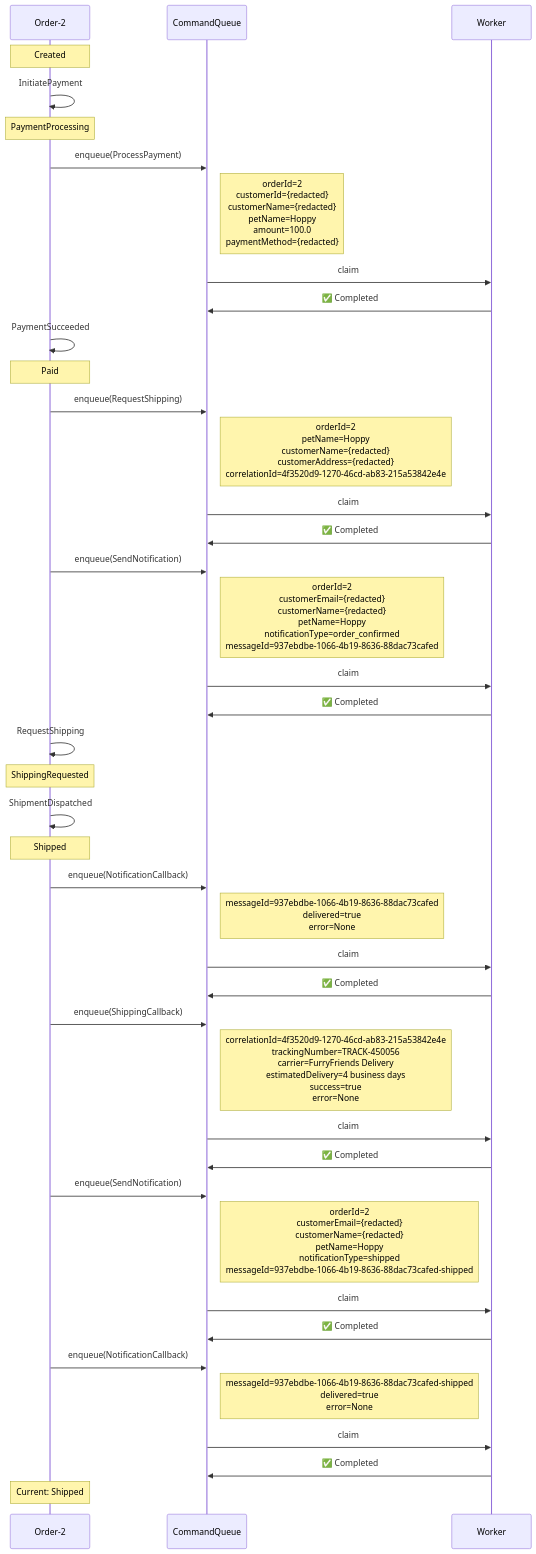
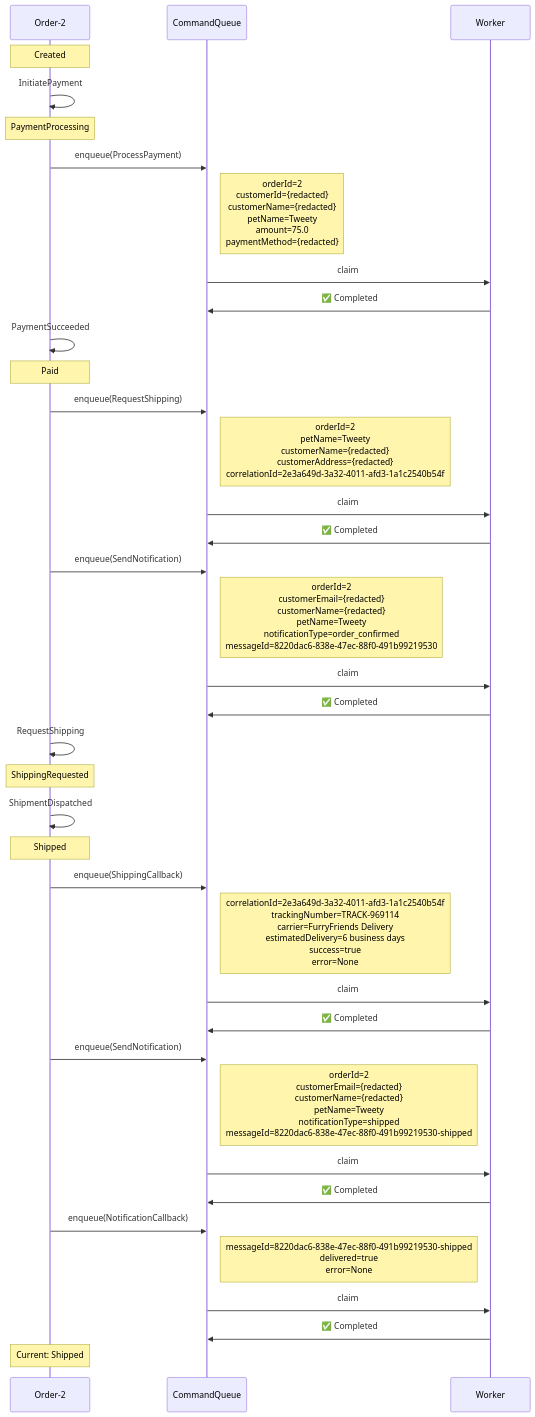
One commit to Iterable/mechanoid changed the first of 3 diagrams in docs/visualizations/order-2-trace.md. Above: the diagram before and after it, drawn with Mermaid. The commit also changed other lines of this file and 6 other files, not shown here.

````diff
--- a/docs/visualizations/order-2-trace.md
+++ b/docs/visualizations/order-2-trace.md
@@ -11,46 +11,42 @@
 ```mermaid
 %%{init: {'themeCSS': '.noteText { text-align: left !important; }'}}%%
 sequenceDiagram
     participant FSM as Order-2
     participant CQ as CommandQueue
     participant W as Worker
 
     Note over FSM: Created
     FSM->>FSM: InitiatePayment
     Note over FSM: PaymentProcessing
     FSM->>CQ: enqueue(ProcessPayment)
-    Note right of CQ: orderId=2<br/>customerId={redacted}<br/>customerName={redacted}<br/>petName=Hoppy<br/>amount=100.0<br/>paymentMethod={redacted}
+    Note right of CQ: orderId=2<br/>customerId={redacted}<br/>customerName={redacted}<br/>petName=Tweety<br/>amount=75.0<br/>paymentMethod={redacted}
     CQ->>W: claim
     W->>CQ: ✅ Completed
     FSM->>FSM: PaymentSucceeded
     Note over FSM: Paid
     FSM->>CQ: enqueue(RequestShipping)
-    Note right of CQ: orderId=2<br/>petName=Hoppy<br/>customerName={redacted}<br/>customerAddress={redacted}<br/>correlationId=4f3520d9-1270-46cd-ab83-215a53842e4e
+    Note right of CQ: orderId=2<br/>petName=Tweety<br/>customerName={redacted}<br/>customerAddress={redacted}<br/>correlationId=2e3a649d-3a32-4011-afd3-1a1c2540b54f
     CQ->>W: claim
     W->>CQ: ✅ Completed
     FSM->>CQ: enqueue(SendNotification)
-    Note right of CQ: orderId=2<br/>customerEmail={redacted}<br/>customerName={redacted}<br/>petName=Hoppy<br/>notificationType=order_confirmed<br/>messageId=937ebdbe-1066-4b19-8636-88dac73cafed
+    Note right of CQ: orderId=2<br/>customerEmail={redacted}<br/>customerName={redacted}<br/>petName=Tweety<br/>notificationType=order_confirmed<br/>messageId=8220dac6-838e-47ec-88f0-491b99219530
     CQ->>W: claim
     W->>CQ: ✅ Completed
     FSM->>FSM: RequestShipping
     Note over FSM: ShippingRequested
     FSM->>FSM: ShipmentDispatched
     Note over FSM: Shipped
-    FSM->>CQ: enqueue(NotificationCallback)
-    Note right of CQ: messageId=937ebdbe-1066-4b19-8636-88dac73cafed<br/>delivered=true<br/>error=None
-    CQ->>W: claim
-    W->>CQ: ✅ Completed
     FSM->>CQ: enqueue(ShippingCallback)
-    Note right of CQ: correlationId=4f3520d9-1270-46cd-ab83-215a53842e4e<br/>trackingNumber=TRACK-450056<br/>carrier=FurryFriends Delivery<br/>estimatedDelivery=4 business days<br/>success=true<br/>error=None
+    Note right of CQ: correlationId=2e3a649d-3a32-4011-afd3-1a1c2540b54f<br/>trackingNumber=TRACK-969114<br/>carrier=FurryFriends Delivery<br/>estimatedDelivery=6 business days<br/>success=true<br/>error=None
     CQ->>W: claim
     W->>CQ: ✅ Completed
     FSM->>CQ: enqueue(SendNotification)
-    Note right of CQ: orderId=2<br/>customerEmail={redacted}<br/>customerName={redacted}<br/>petName=Hoppy<br/>notificationType=shipped<br/>messageId=937ebdbe-1066-4b19-8636-88dac73cafed-shipped
+    Note right of CQ: orderId=2<br/>customerEmail={redacted}<br/>customerName={redacted}<br/>petName=Tweety<br/>notificationType=shipped<br/>messageId=8220dac6-838e-47ec-88f0-491b99219530-shipped
     CQ->>W: claim
     W->>CQ: ✅ Completed
     FSM->>CQ: enqueue(NotificationCallback)
-    Note right of CQ: messageId=937ebdbe-1066-4b19-8636-88dac73cafed-shipped<br/>delivered=true<br/>error=None
+    Note right of CQ: messageId=8220dac6-838e-47ec-88f0-491b99219530-shipped<br/>delivered=true<br/>error=None
     CQ->>W: claim
     W->>CQ: ✅ Completed
     Note over FSM: Current: Shipped
 ```
````
